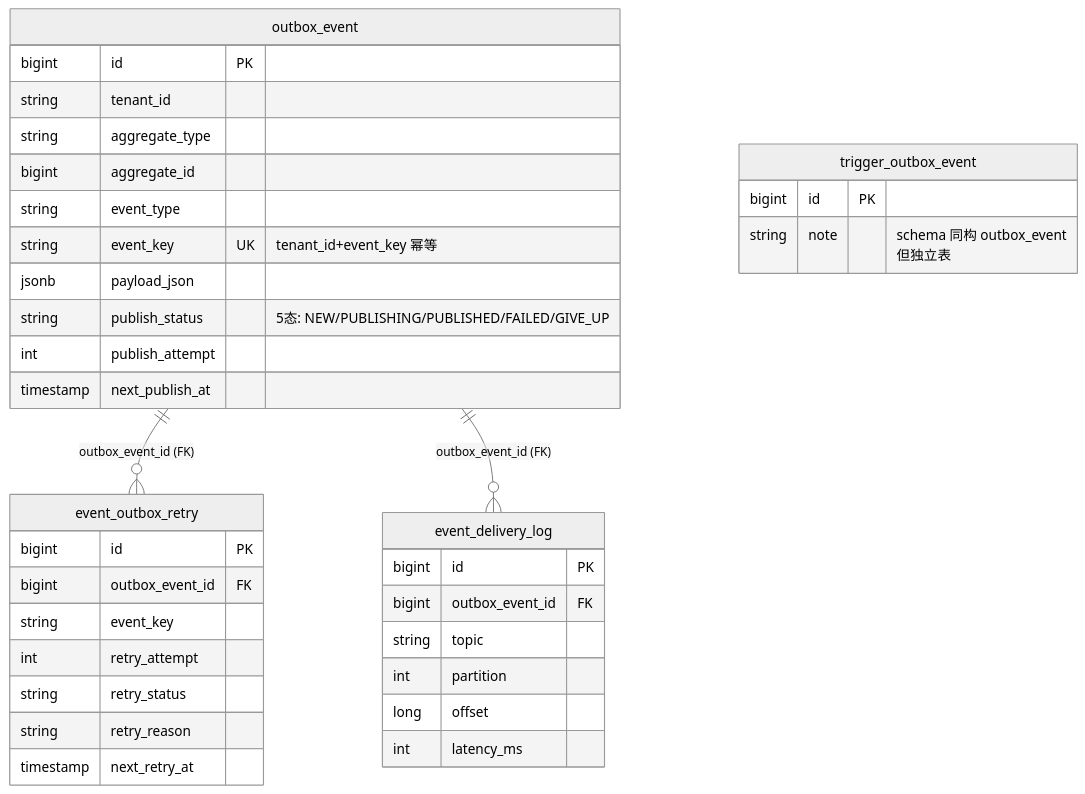
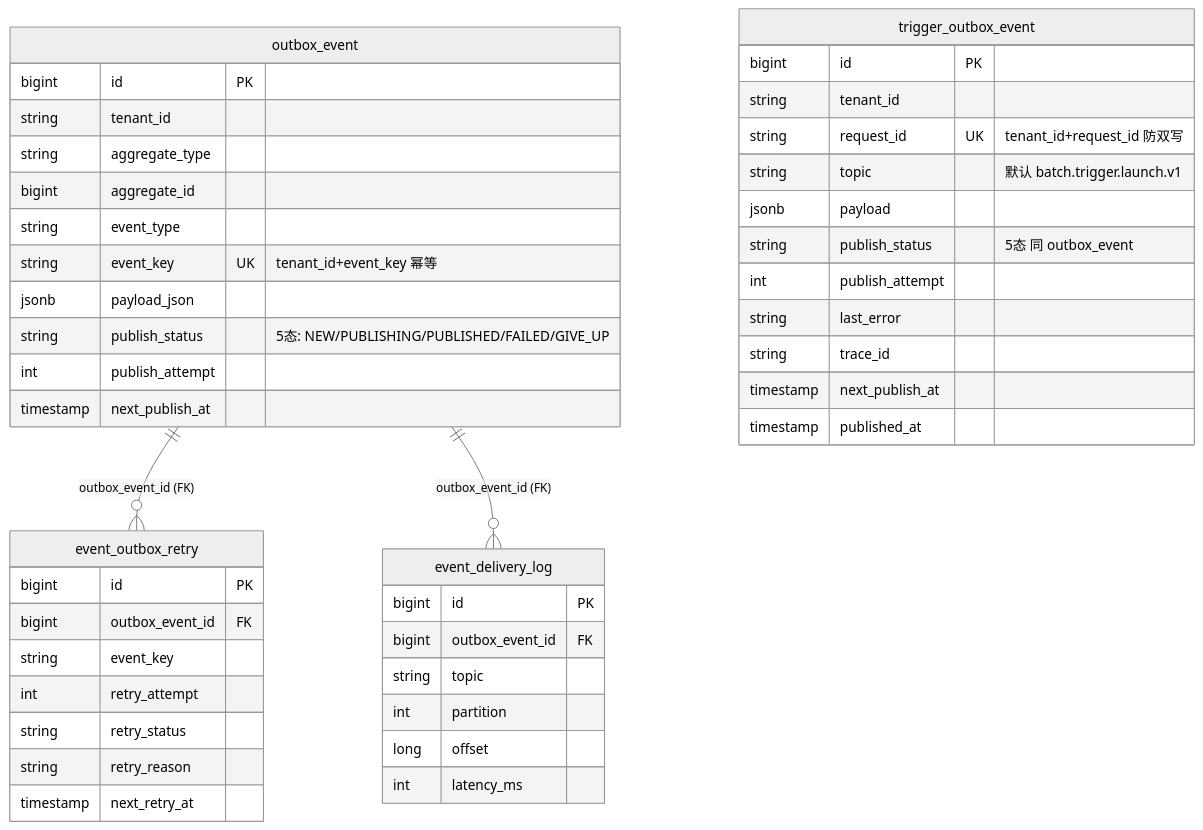
The diagram in docs/architecture/outbox-architecture.md (pinpols/file-batch-system), drawn with Mermaid (neutral theme) before and after one commit. The commit also changed other lines of this file and 2 other files, not shown here.

Commit message:
chore: 文档措辞精修 + spotless 格式残留收尾
- outbox-architecture.md: trigger_outbox_event 与 outbox_event 字段差异说明更精确
- pipeline-vs-workflow-boundary.md: pipeline_instance 反查 workflow 的 join 路径更准
- SlidingWindowRateLimiterIntegrationTest: 之前 spotless 自动换行残留

````diff
--- a/docs/architecture/outbox-architecture.md
+++ b/docs/architecture/outbox-architecture.md
@@ -9,42 +9,51 @@
 ```mermaid
 erDiagram
   outbox_event ||--o{ event_outbox_retry : "outbox_event_id (FK)"
   outbox_event ||--o{ event_delivery_log : "outbox_event_id (FK)"
 
   outbox_event {
     bigint id PK
     string tenant_id
     string aggregate_type
     bigint aggregate_id
     string event_type
     string event_key UK "tenant_id+event_key 幂等"
     jsonb payload_json
     string publish_status "5态: NEW/PUBLISHING/PUBLISHED/FAILED/GIVE_UP"
     int publish_attempt
     timestamp next_publish_at
   }
 
   event_outbox_retry {
     bigint id PK
     bigint outbox_event_id FK
     string event_key
     int retry_attempt
     string retry_status
     string retry_reason
     timestamp next_retry_at
   }
 
   event_delivery_log {
     bigint id PK
     bigint outbox_event_id FK
     string topic
     int partition
     long offset
     int latency_ms
   }
 
   trigger_outbox_event {
     bigint id PK
-    string note "schema 同构 outbox_event<br/>但独立表"
+    string tenant_id
+    string request_id UK "tenant_id+request_id 防双写"
+    string topic "默认 batch.trigger.launch.v1"
+    jsonb payload
+    string publish_status "5态 同 outbox_event"
+    int publish_attempt
+    string last_error
+    string trace_id
+    timestamp next_publish_at
+    timestamp published_at
   }
 ```
````
